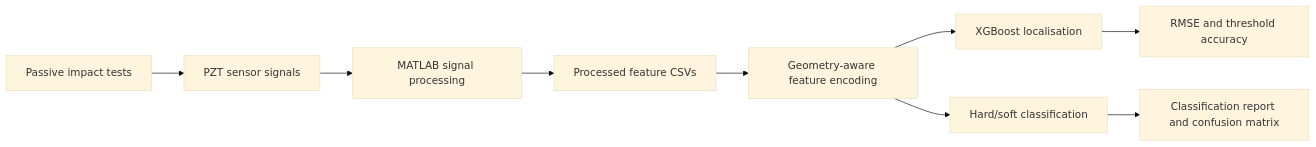
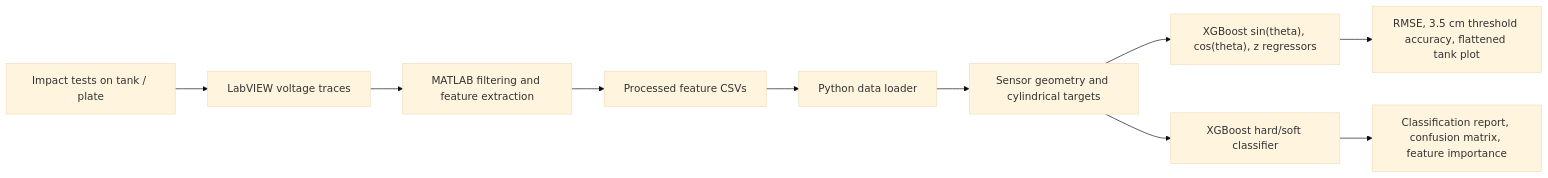
One commit to tuntharm/shm-impact-detection-xgboost changed the diagram in README.md. Above: the diagram before and after it, drawn with Mermaid (base theme). The commit also changed other lines of this file and 34 other files, not shown here.

````diff
--- a/README.md
+++ b/README.md
@@ -20,11 +31,12 @@
 ```mermaid
 flowchart LR
-    A["Passive impact tests"] --> B["PZT sensor signals"]
-    B --> C["MATLAB signal processing"]
+    A["Impact tests on tank / plate"] --> B["LabVIEW voltage traces"]
+    B --> C["MATLAB filtering and feature extraction"]
     C --> D["Processed feature CSVs"]
-    D --> E["Geometry-aware feature encoding"]
-    E --> F["XGBoost localisation"]
-    E --> G["Hard/soft classification"]
-    F --> H["RMSE and threshold accuracy"]
-    G --> I["Classification report and confusion matrix"]
+    D --> E["Python data loader"]
+    E --> F["Sensor geometry and cylindrical targets"]
+    F --> G["XGBoost sin(theta), cos(theta), z regressors"]
+    F --> H["XGBoost hard/soft classifier"]
+    G --> I["RMSE, 3.5 cm threshold accuracy, flattened tank plot"]
+    H --> J["Classification report, confusion matrix, feature importance"]
 ```
````
